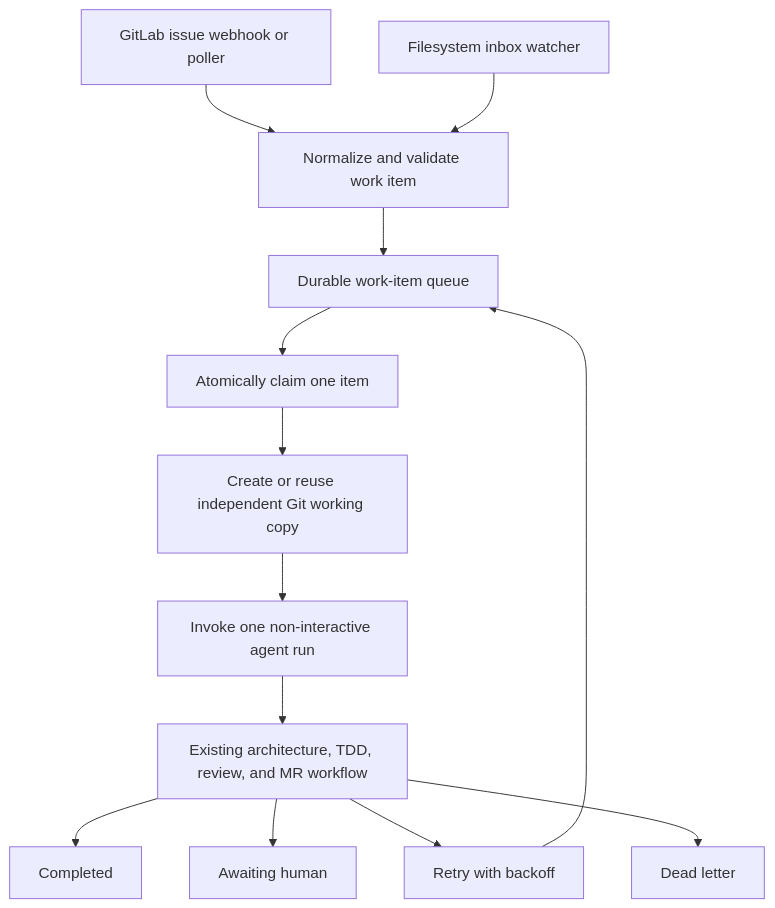
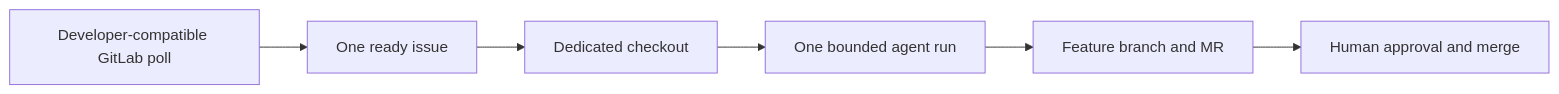
One commit to dfwguy/nvis-ova-agentic-copier changed the diagram in AGENTIC_LOOP_PLAN.md. Above: the diagram before and after it, drawn with Mermaid. The commit also changed other lines of this file and 78 other files, not shown here.

First line of the commit message:
Simplify agent loop to serial GitLab operation

````diff
--- a/AGENTIC_LOOP_PLAN.md
+++ b/AGENTIC_LOOP_PLAN.md
@@ -63,15 +14,8 @@
 ```mermaid
-flowchart TD
-    issue[GitLab issue webhook or poller] --> normalize[Normalize and validate work item]
-    file[Filesystem inbox watcher] --> normalize
-    normalize --> queue[Durable work-item queue]
-    queue --> claim[Atomically claim one item]
-    claim --> workspace[Create or reuse independent Git working copy]
-    workspace --> invoke[Invoke one non-interactive agent run]
-    invoke --> workflow[Existing architecture, TDD, review, and MR workflow]
-    workflow --> done[Completed]
-    workflow --> human[Awaiting human]
-    workflow --> retry[Retry with backoff]
-    workflow --> dead[Dead letter]
-    retry --> queue
+flowchart LR
+    poll[Developer-compatible GitLab poll] --> issue[One ready issue]
+    issue --> checkout[Dedicated checkout]
+    checkout --> run[One bounded agent run]
+    run --> mr[Feature branch and MR]
+    mr --> human[Human approval and merge]
 ```
````
